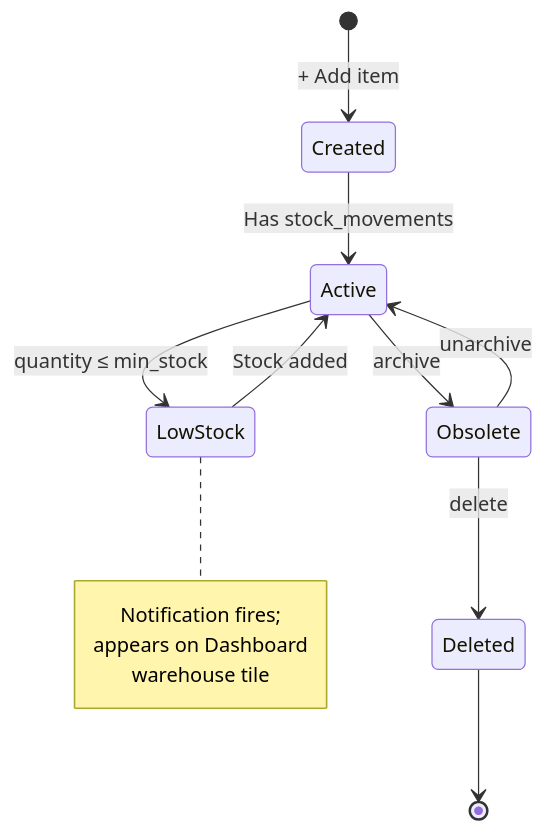
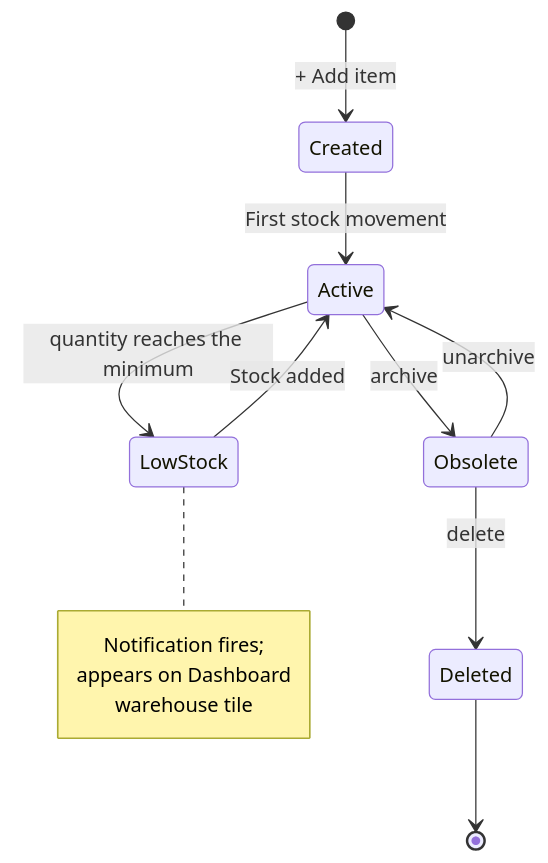
Before and after one commit to quilit-dev/quilit-erp: the diagram in docs/manual/docs/operations/inventory.md, drawn with Mermaid. The commit also changed other lines of this file and 58 other files, not shown here.

````diff
--- a/docs/manual/docs/operations/inventory.md
+++ b/docs/manual/docs/operations/inventory.md
@@ -187,17 +187,17 @@
 ```mermaid
 stateDiagram-v2
     [*] --> Created : + Add item
-    Created --> Active : Has stock_movements
-    Active --> LowStock : quantity ≤ min_stock
+    Created --> Active : First stock movement
+    Active --> LowStock : quantity reaches the minimum
     LowStock --> Active : Stock added
     Active --> Obsolete : archive
     Obsolete --> Active : unarchive
     Obsolete --> Deleted : delete
     Deleted --> [*]
 
     note right of LowStock
         Notification fires;
         appears on Dashboard
         warehouse tile
     end note
 ```
````
